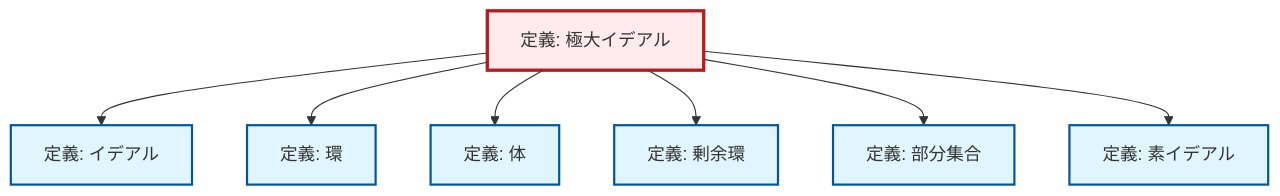
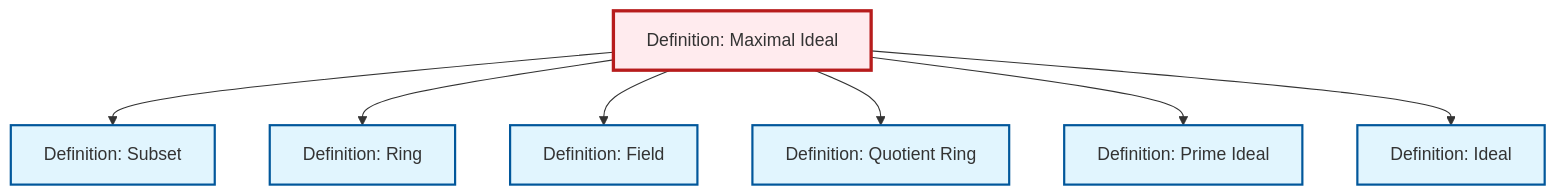
The diagram in content/ja/algebra/def-maximal-ideal.qmd (RK0429/ModernMath), drawn with Mermaid before and after one commit. The commit also changed other lines of this file and 654 other files, not shown here.

First line of the commit message:
fix: Update cross-references to equivalence relation in quotient ring definitions

````diff
--- a/content/ja/algebra/def-maximal-ideal.qmd
+++ b/content/ja/algebra/def-maximal-ideal.qmd
@@ -95,29 +95,29 @@
 ```{mermaid}
 %%| fig-cap: "Local dependency graph"
 graph TD
     classDef definition fill:#e1f5fe,stroke:#01579b,stroke-width:2px
     classDef theorem fill:#f3e5f5,stroke:#4a148c,stroke-width:2px
     classDef axiom fill:#fff3e0,stroke:#e65100,stroke-width:2px
     classDef example fill:#e8f5e9,stroke:#1b5e20,stroke-width:2px
     classDef current fill:#ffebee,stroke:#b71c1c,stroke-width:3px
-    def-maximal-ideal["定義: 極大イデアル"]:::definition
-    def-ideal["定義: イデアル"]:::definition
-    def-ring["定義: 環"]:::definition
-    def-field["定義: 体"]:::definition
-    def-quotient-ring["定義: 剰余環"]:::definition
-    def-subset["定義: 部分集合"]:::definition
-    def-prime-ideal["定義: 素イデアル"]:::definition
-    def-maximal-ideal --> def-ideal
+    def-quotient-ring["Definition: Quotient Ring"]:::definition
+    def-maximal-ideal["Definition: Maximal Ideal"]:::definition
+    def-field["Definition: Field"]:::definition
+    def-prime-ideal["Definition: Prime Ideal"]:::definition
+    def-ring["Definition: Ring"]:::definition
+    def-subset["Definition: Subset"]:::definition
+    def-ideal["Definition: Ideal"]:::definition
+    def-maximal-ideal --> def-subset
     def-maximal-ideal --> def-ring
     def-maximal-ideal --> def-field
     def-maximal-ideal --> def-quotient-ring
-    def-maximal-ideal --> def-subset
     def-maximal-ideal --> def-prime-ideal
+    def-maximal-ideal --> def-ideal
     class def-maximal-ideal current
-    click def-ideal "def-ideal.html" "Go to Ideal definition"
-    click def-ring "def-ring.html" "Go to Ring definition"
-    click def-field "def-field.html" "Go to Field definition"
-    click def-quotient-ring "def-quotient-ring.html" "Go to Quotient Ring definition"
-    click def-subset "def-subset.html" "Go to Subset definition"
-    click def-prime-ideal "def-prime-ideal.html" "Go to Prime Ideal definition"
+    click def-quotient-ring "def-quotient-ring.html" "Definition: Quotient Ringへ"
+    click def-field "def-field.html" "Definition: Fieldへ"
+    click def-prime-ideal "def-prime-ideal.html" "Definition: Prime Idealへ"
+    click def-ring "def-ring.html" "Definition: Ringへ"
+    click def-subset "def-subset.html" "Definition: Subsetへ"
+    click def-ideal "def-ideal.html" "Definition: Idealへ"
 ```
````
